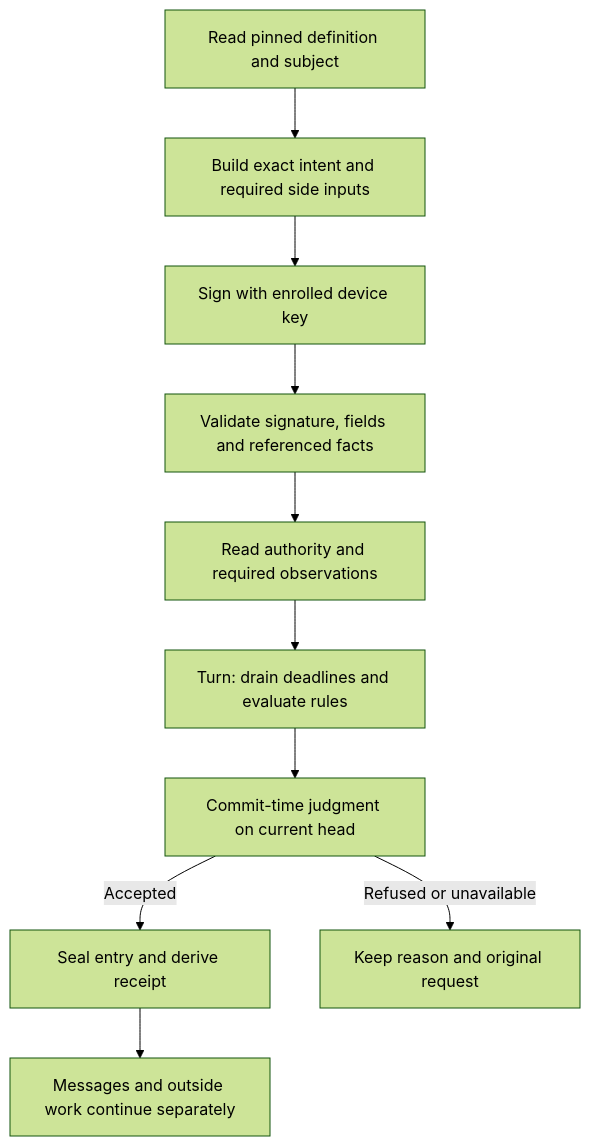
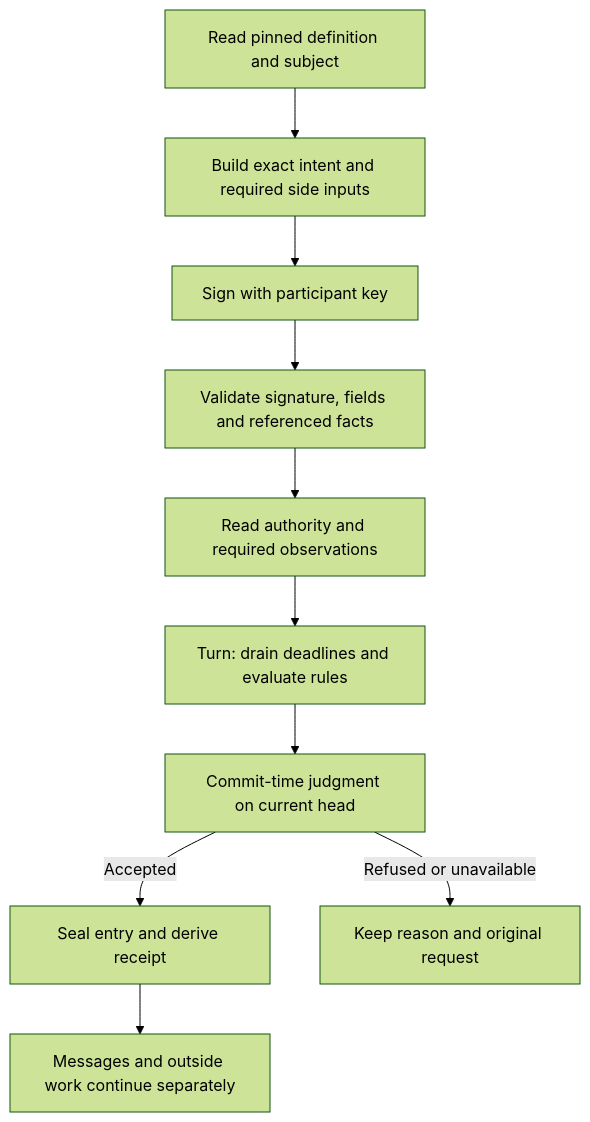
One commit to generalbusiness-ai/artroom changed the diagram in docs/manual/life-of-an-act.md. Above: the diagram before and after it, drawn with Mermaid (forest theme). The commit also changed other lines of this file and 4 other files, not shown here.

````diff
--- a/docs/manual/life-of-an-act.md
+++ b/docs/manual/life-of-an-act.md
@@ -30,12 +30,12 @@
 ```mermaid
 flowchart TD
   D[Read pinned definition and subject] --> I[Build exact intent and required side inputs]
-  I --> S[Sign with enrolled device key]
+  I --> S[Sign with participant key]
   S --> V[Validate signature, fields and referenced facts]
   V --> A[Read authority and required observations]
   A --> T[Turn: drain deadlines and evaluate rules]
   T --> J[Commit-time judgment on current head]
   J -->|Accepted| E[Seal entry and derive receipt]
   J -->|Refused or unavailable| R[Keep reason and original request]
   E --> M[Messages and outside work continue separately]
 ```
````
